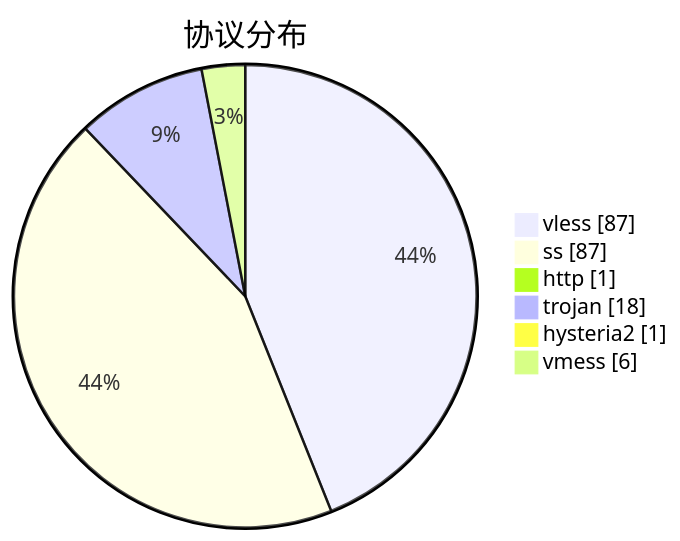
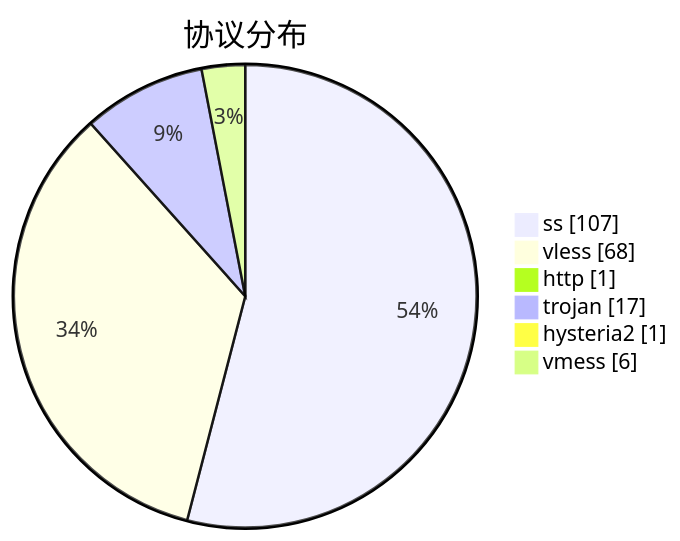
One commit to qjlxg/airport changed the third of 3 diagrams in subs/statistics/tested_within.md. Above: the diagram before and after it, drawn with Mermaid. The commit also changed other lines of this file and 2 other files, not shown here.

````diff
--- a/subs/statistics/tested_within.md
+++ b/subs/statistics/tested_within.md
@@ -27,10 +27,10 @@
 ```mermaid
 pie showData
 title 协议分布
-"vless" : 87
-"ss" : 87
+"ss" : 107
+"vless" : 68
 "http" : 1
-"trojan" : 18
+"trojan" : 17
 "hysteria2" : 1
 "vmess" : 6
 ```
````
